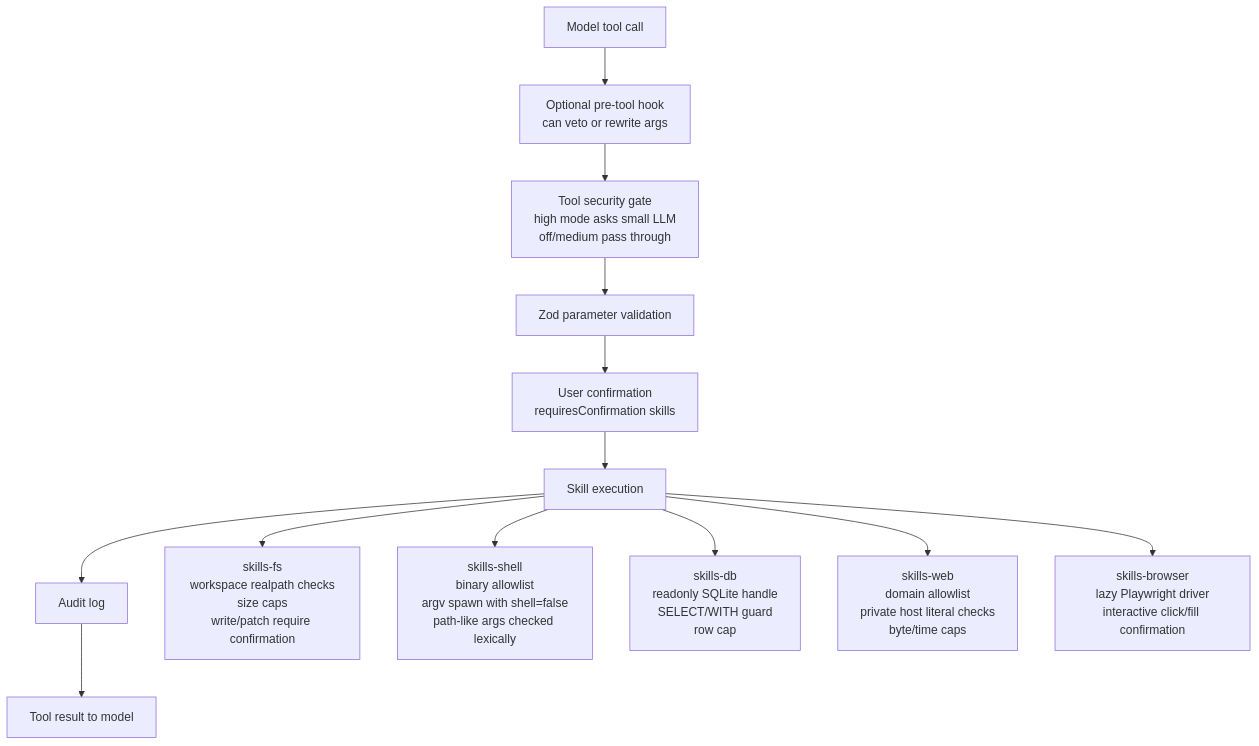
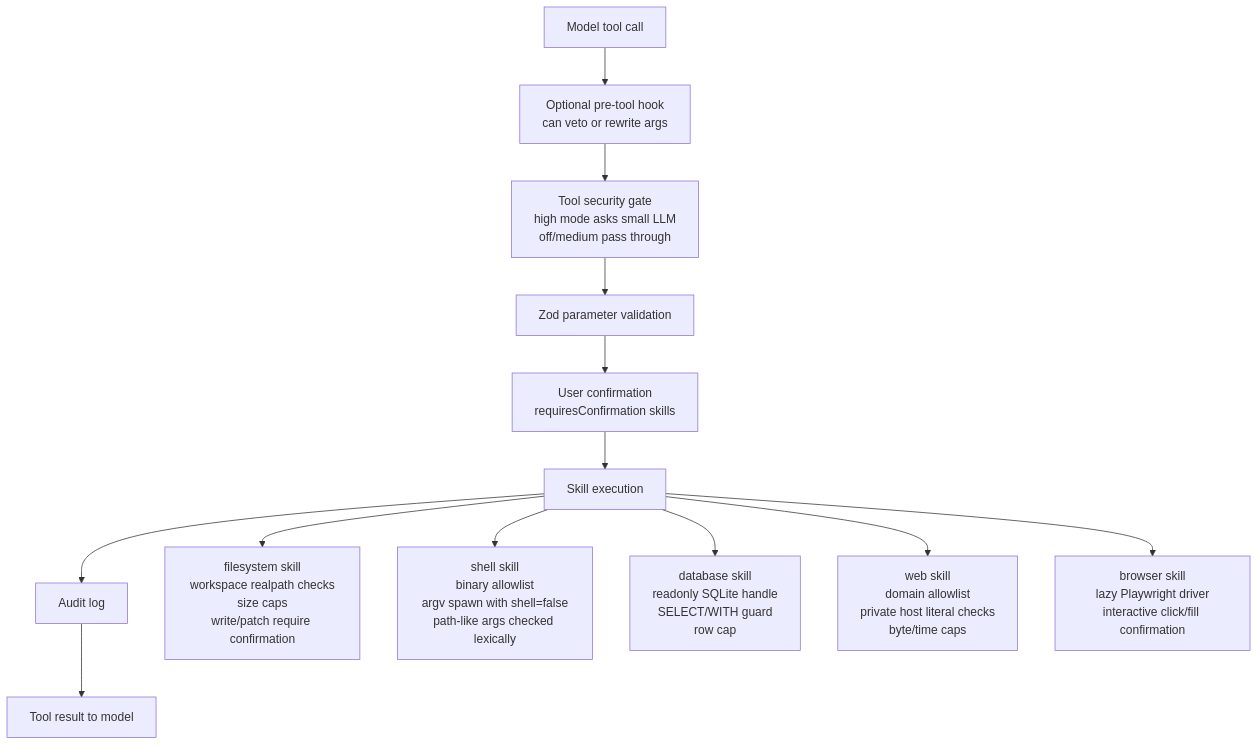
Before and after one commit to Crazy-Faust/miniclaw: the fifth of 6 diagrams in docs/ARCHITECTURE.md, drawn with Mermaid. The commit also changed other lines of this file and 181 other files, not shown here.

First line of the commit message:
Refactor skills into the agentskills.io SKILL.md standard

````diff
--- a/docs/ARCHITECTURE.md
+++ b/docs/ARCHITECTURE.md
@@ -224,31 +198,31 @@
 ```mermaid
 flowchart TB
   model["Model tool call"]
   prehook["Optional pre-tool hook<br/>can veto or rewrite args"]
   llmguard["Tool security gate<br/>high mode asks small LLM<br/>off/medium pass through"]
   zod["Zod parameter validation"]
   confirm["User confirmation<br/>requiresConfirmation skills"]
   exec["Skill execution"]
   audit["Audit log"]
   result["Tool result to model"]
 
   model --> prehook
   prehook --> llmguard
   llmguard --> zod
   zod --> confirm
   confirm --> exec
   exec --> audit
   audit --> result
 
-  fs["skills-fs<br/>workspace realpath checks<br/>size caps<br/>write/patch require confirmation"]
-  shell["skills-shell<br/>binary allowlist<br/>argv spawn with shell=false<br/>path-like args checked lexically"]
-  db["skills-db<br/>readonly SQLite handle<br/>SELECT/WITH guard<br/>row cap"]
-  web["skills-web<br/>domain allowlist<br/>private host literal checks<br/>byte/time caps"]
-  browser["skills-browser<br/>lazy Playwright driver<br/>interactive click/fill confirmation"]
+  fs["filesystem skill<br/>workspace realpath checks<br/>size caps<br/>write/patch require confirmation"]
+  shell["shell skill<br/>binary allowlist<br/>argv spawn with shell=false<br/>path-like args checked lexically"]
+  db["database skill<br/>readonly SQLite handle<br/>SELECT/WITH guard<br/>row cap"]
+  web["web skill<br/>domain allowlist<br/>private host literal checks<br/>byte/time caps"]
+  browser["browser skill<br/>lazy Playwright driver<br/>interactive click/fill confirmation"]
 
   exec --> fs
   exec --> shell
   exec --> db
   exec --> web
   exec --> browser
 ```
````
